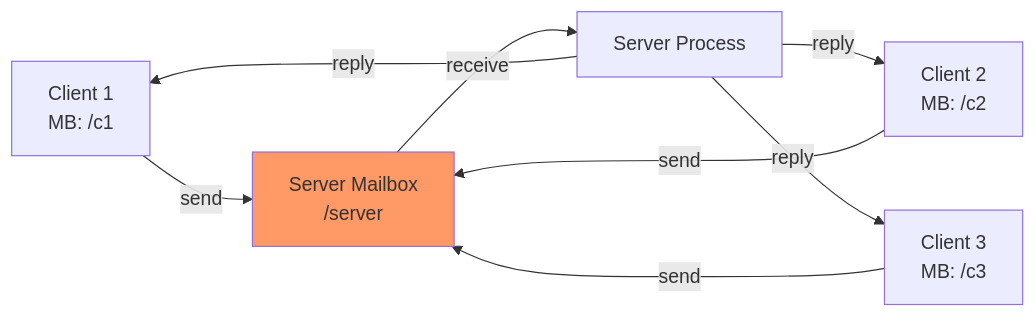
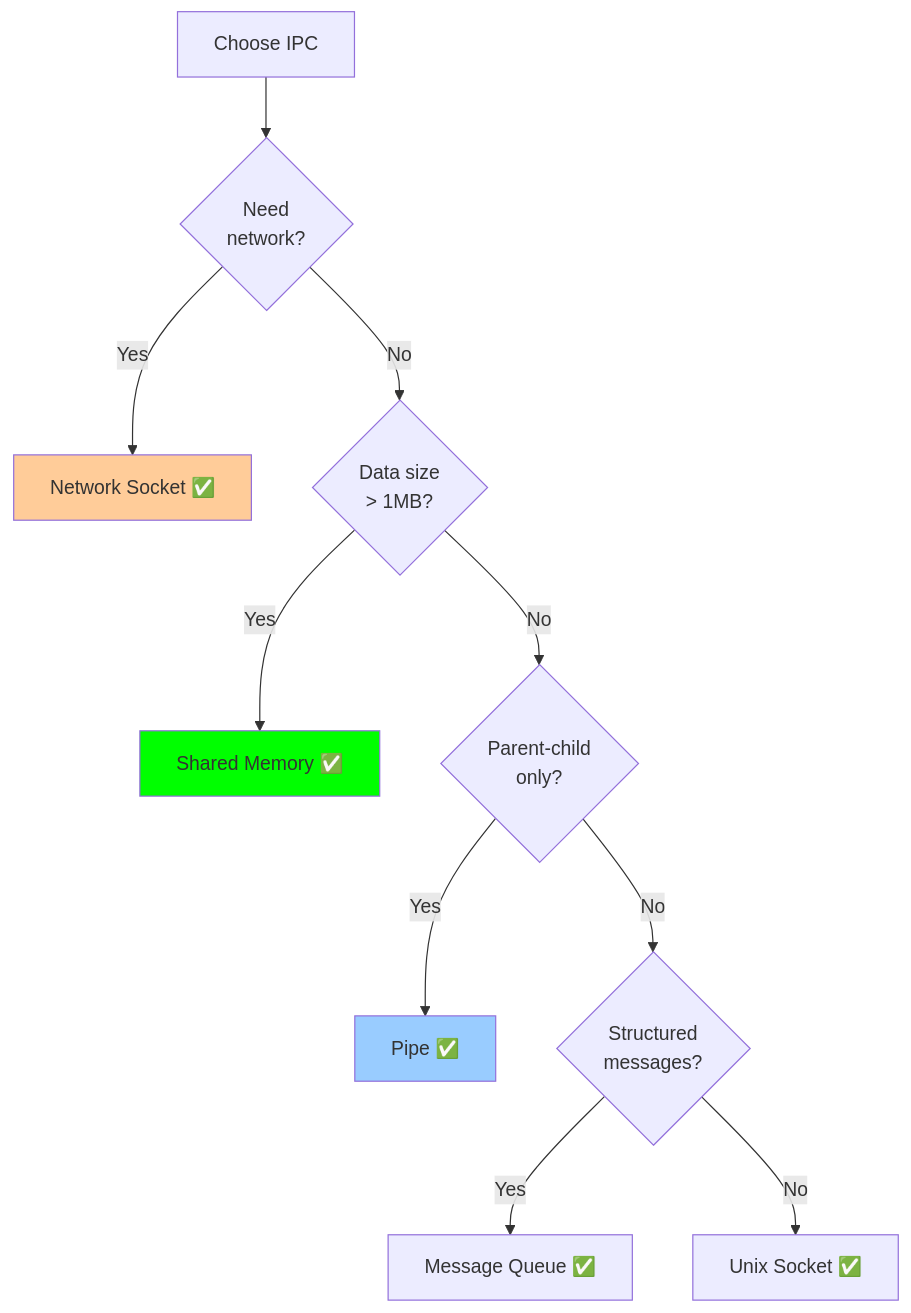
Before and after one commit to MoussaabBadla/interprocess-communication: the third of 6 diagrams in ipc_crash_course.md, drawn with Mermaid. The commit also changed other lines of this file, not shown here.

Commit message:
ipc crash course version

````diff
--- a/ipc_crash_course.md
+++ b/ipc_crash_course.md
@@ -937,14 +416,21 @@
 ```mermaid
-graph LR
-    C1[Client 1<br/>MB: /c1] -->|send| SM[Server Mailbox<br/>/server]
-    C2[Client 2<br/>MB: /c2] -->|send| SM
-    C3[Client 3<br/>MB: /c3] -->|send| SM
+flowchart TD
+    Start[Choose IPC]
 
-    SM -->|receive| S[Server Process]
+    Start --> Q1{Need<br/>network?}
+    Q1 -->|Yes| Net[Network Socket ✅]
 
-    S -->|reply| C1
-    S -->|reply| C2
-    S -->|reply| C3
+    Q1 -->|No| Q2{Data size<br/>> 1MB?}
+    Q2 -->|Yes| Shm[Shared Memory ✅]
 
-    style SM fill:#f96
+    Q2 -->|No| Q3{Parent-child<br/>only?}
+    Q3 -->|Yes| Pipe[Pipe ✅]
+
+    Q3 -->|No| Q4{Structured<br/>messages?}
+    Q4 -->|Yes| MQ[Message Queue ✅]
+    Q4 -->|No| USock[Unix Socket ✅]
+
+    style Shm fill:#0f0
+    style Pipe fill:#9cf
+    style Net fill:#fc9
 ```
````
